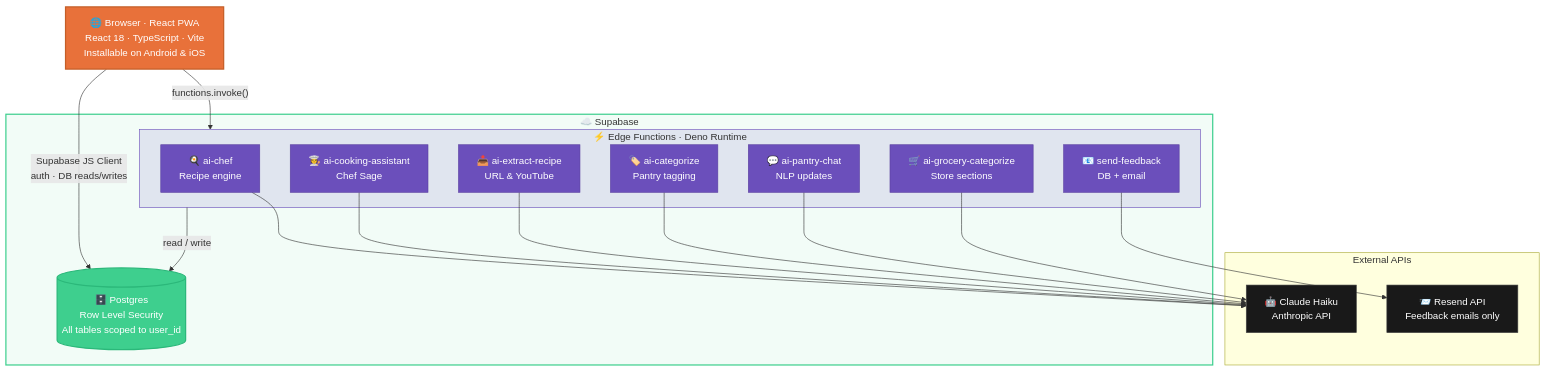
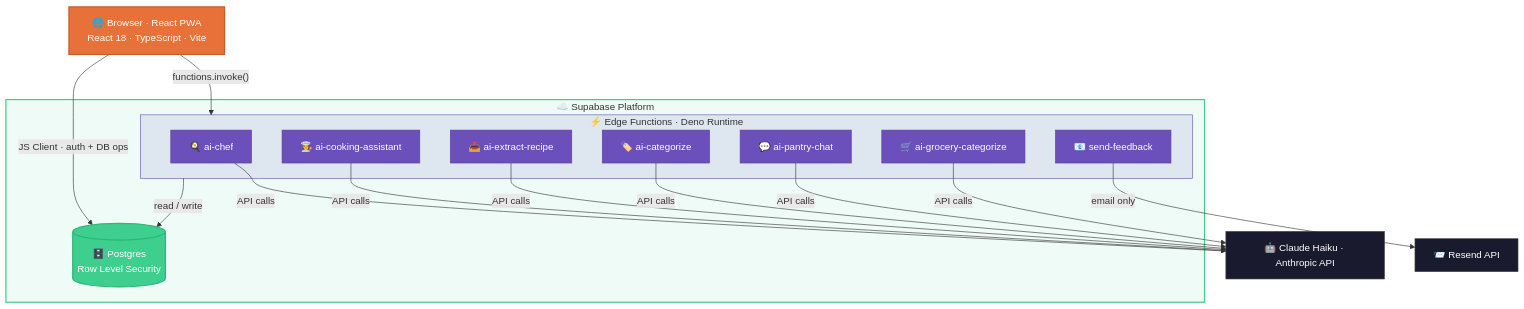
One commit to VChoukwale/recipick-ai changed the diagram in DESIGN.md. Above: the diagram before and after it, drawn with Mermaid. The commit also changed 1 other file, not shown here.

Commit message:
docs: improve architecture diagrams in README and DESIGN
README: replace plain ASCII with clean box-drawing diagram showing
all 7 edge functions, Postgres, and external APIs clearly.

DESIGN: simplify Mermaid to shorter node labels and vertical layout
to prevent cramping in GitHub's renderer.

````diff
--- a/DESIGN.md
+++ b/DESIGN.md
@@ -70,42 +70,40 @@
 ```mermaid
 flowchart TD
-    Browser["🌐 Browser · React PWA\nReact 18 · TypeScript · Vite\nInstallable on Android & iOS"]
+    Browser["🌐 Browser · React PWA\nReact 18 · TypeScript · Vite"]
 
-    subgraph SUPA["☁️  Supabase"]
-        DB[("🗄️  Postgres\nRow Level Security\nAll tables scoped to user_id")]
+    subgraph SUPA["☁️  Supabase Platform"]
+        DB[("🗄️ Postgres\nRow Level Security")]
         subgraph EF["⚡  Edge Functions · Deno Runtime"]
-            chef["🍳 ai-chef\nRecipe engine"]
-            sage["🧑‍🍳 ai-cooking-assistant\nChef Sage"]
-            extract["📥 ai-extract-recipe\nURL & YouTube"]
-            cat["🏷️ ai-categorize\nPantry tagging"]
-            chat["💬 ai-pantry-chat\nNLP updates"]
-            grocery["🛒 ai-grocery-categorize\nStore sections"]
-            fb["📧 send-feedback\nDB + email"]
+            A1["🍳 ai-chef"]
+            A2["🧑‍🍳 ai-cooking-assistant"]
+            A3["📥 ai-extract-recipe"]
+            A4["🏷️ ai-categorize"]
+            A5["💬 ai-pantry-chat"]
+            A6["🛒 ai-grocery-categorize"]
+            A7["📧 send-feedback"]
         end
     end
 
-    subgraph EXT["External APIs"]
-        Claude["🤖 Claude Haiku\nAnthropic API"]
-        Resend["📨 Resend API\nFeedback emails only"]
-    end
+    Claude["🤖 Claude Haiku · Anthropic API"]
+    Resend["📨 Resend API"]
 
-    Browser -- "Supabase JS Client\nauth · DB reads/writes" --> DB
-    Browser -- "functions.invoke()" --> EF
-    EF -- "read / write" --> DB
-    chef & sage & extract & cat & chat & grocery --> Claude
-    fb --> Resend
+    Browser -->|"JS Client · auth + DB ops"| DB
+    Browser -->|"functions.invoke()"| EF
+    EF -->|"read / write"| DB
+    A1 & A2 & A3 & A4 & A5 & A6 -->|"API calls"| Claude
+    A7 -->|"email only"| Resend
 
     style Browser fill:#E8713A,color:#fff,stroke:#c45e28,stroke-width:2px
     style DB fill:#3ECF8E,color:#fff,stroke:#2bb87a,stroke-width:2px
-    style SUPA fill:#3ECF8E11,stroke:#3ECF8E,stroke-width:2px
-    style EF fill:#6B4FBB22,stroke:#6B4FBB,stroke-width:1px
-    style chef fill:#6B4FBB,color:#fff,stroke:#5a3fa0
-    style sage fill:#6B4FBB,color:#fff,stroke:#5a3fa0
-    style extract fill:#6B4FBB,color:#fff,stroke:#5a3fa0
-    style cat fill:#6B4FBB,color:#fff,stroke:#5a3fa0
-    style chat fill:#6B4FBB,color:#fff,stroke:#5a3fa0
-    style grocery fill:#6B4FBB,color:#fff,stroke:#5a3fa0
-    style fb fill:#6B4FBB,color:#fff,stroke:#5a3fa0
-    style Claude fill:#191919,color:#fff,stroke:#444
-    style Resend fill:#191919,color:#fff,stroke:#444
+    style SUPA fill:#3ECF8E15,stroke:#3ECF8E,stroke-width:2px
+    style EF fill:#6B4FBB20,stroke:#6B4FBB,stroke-width:1px
+    style A1 fill:#6B4FBB,color:#fff,stroke:#5a3fa0
+    style A2 fill:#6B4FBB,color:#fff,stroke:#5a3fa0
+    style A3 fill:#6B4FBB,color:#fff,stroke:#5a3fa0
+    style A4 fill:#6B4FBB,color:#fff,stroke:#5a3fa0
+    style A5 fill:#6B4FBB,color:#fff,stroke:#5a3fa0
+    style A6 fill:#6B4FBB,color:#fff,stroke:#5a3fa0
+    style A7 fill:#6B4FBB,color:#fff,stroke:#5a3fa0
+    style Claude fill:#1a1a2e,color:#fff,stroke:#444
+    style Resend fill:#1a1a2e,color:#fff,stroke:#444
 ```
````
